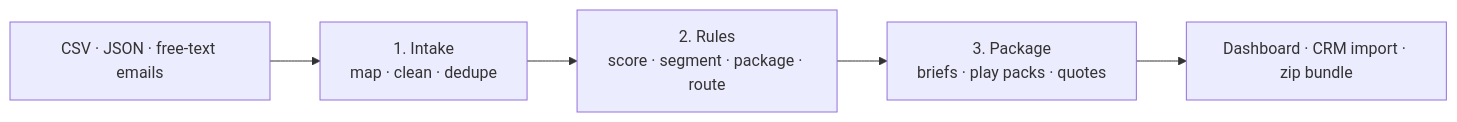
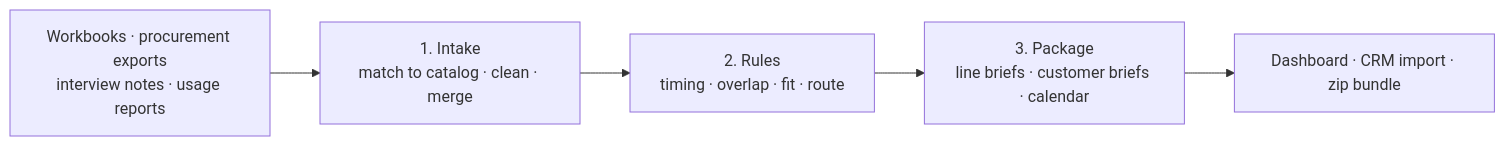
One commit to jordanwhyard-ctrl/intake-to-playbook changed the diagram in README.md. Above: the diagram before and after it, drawn with Mermaid. The commit also changed other lines of this file and 173 other files, not shown here.

````diff
--- a/README.md
+++ b/README.md
@@ -7,7 +13,7 @@
 ```mermaid
 flowchart LR
-    A["CSV · JSON · free-text emails"] --> B["1. Intake<br/>map · clean · dedupe"]
-    B --> C["2. Rules<br/>score · segment · package · route"]
-    C --> D["3. Package<br/>briefs · play packs · quotes"]
+    A["Workbooks · procurement exports<br/>interview notes · usage reports"] --> B["1. Intake<br/>match to catalog · clean · merge"]
+    B --> C["2. Rules<br/>timing · overlap · fit · route"]
+    C --> D["3. Package<br/>line briefs · customer briefs · calendar"]
     D --> E["Dashboard · CRM import · zip bundle"]
 ```
````
